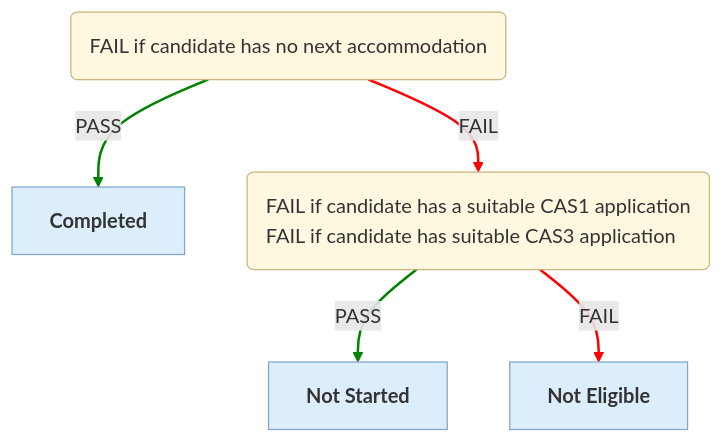
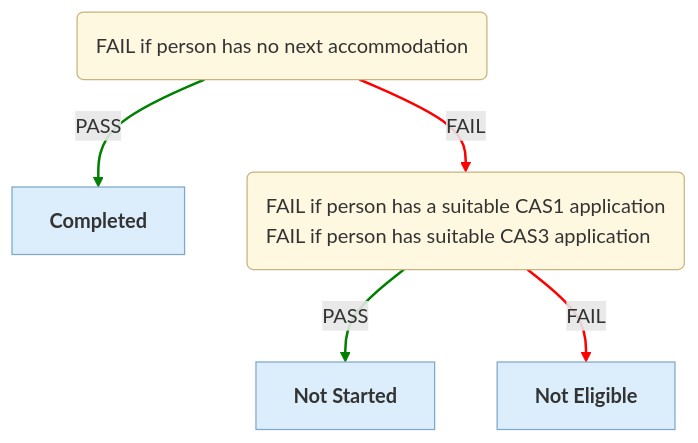
Before and after one commit to ministryofjustice/hmpps-single-accommodation-service-api: the sixth of 6 diagrams in docs/eligibility-rules-graph.md, drawn with Mermaid. The commit also changed other lines of this file and 55 other files, not shown here.

````diff
--- a/docs/eligibility-rules-graph.md
+++ b/docs/eligibility-rules-graph.md
@@ -564,21 +661,21 @@
 ```mermaid
 %%{init: {"flowchart": {"wrappingWidth": 800}}}%%
 flowchart TD
-  Completion("<div style='text-align:left'>FAIL if candidate has no next accommodation</div>")
+  Completion("<div style='text-align:left'>FAIL if person has no next accommodation</div>")
   PA_COMPLETED["<b>Completed</b>"]
-  Eligibility("<div style='text-align:left'>FAIL if candidate has a suitable CAS1 application
-FAIL if candidate has suitable CAS3 application</div>")
+  Eligibility("<div style='text-align:left'>FAIL if person has a suitable CAS1 application
+FAIL if person has suitable CAS3 application</div>")
   PA_NOT_STARTED["<b>Not Started</b>"]
   PA_NOT_ELIGIBLE["<b>Not Eligible</b>"]
   Completion -->|PASS| PA_COMPLETED
   Eligibility -->|PASS| PA_NOT_STARTED
   Eligibility -->|FAIL| PA_NOT_ELIGIBLE
   Completion -->|FAIL| Eligibility
   linkStyle 0,1 stroke:green,stroke-width:2px
   linkStyle 2,3 stroke:red,stroke-width:2px
   classDef ruleSetNode fill:#FFF8E1,stroke:#C9B37E,color:#333
   classDef outcomeNode fill:#DCEEFB,stroke:#7FA7C9,color:#333
   classDef updaterNode fill:#EDE7F6,stroke:#A99BC9,color:#333
   class Completion,Eligibility ruleSetNode
   class PA_COMPLETED,PA_NOT_STARTED,PA_NOT_ELIGIBLE outcomeNode
 ```
````
